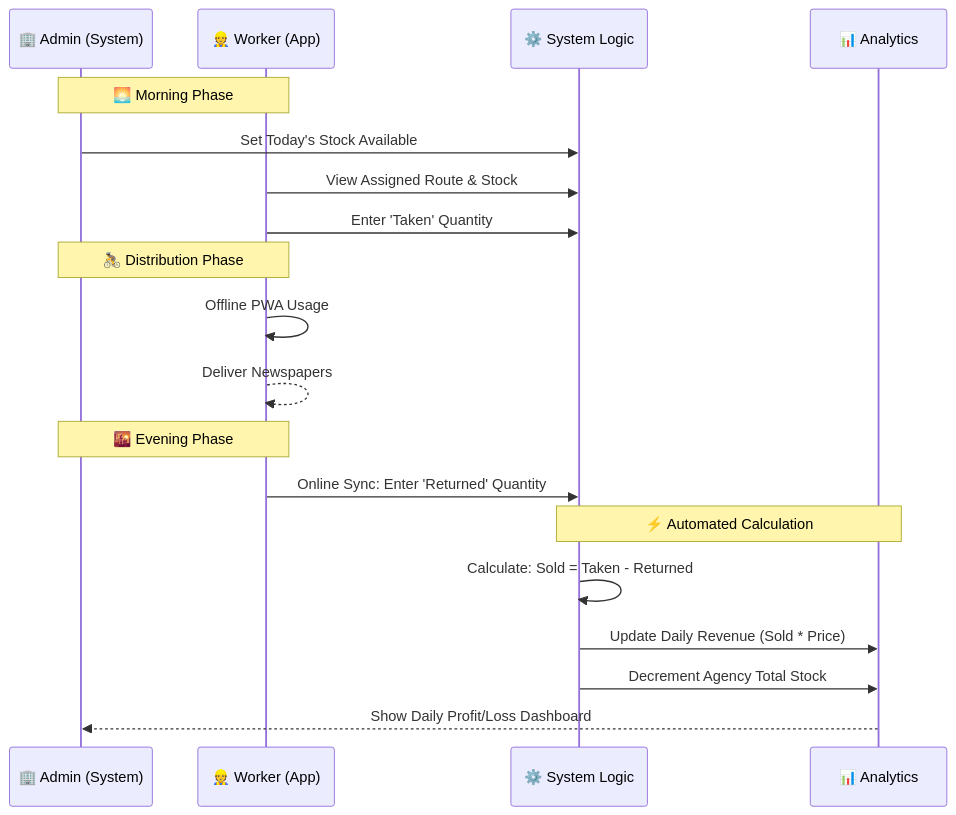
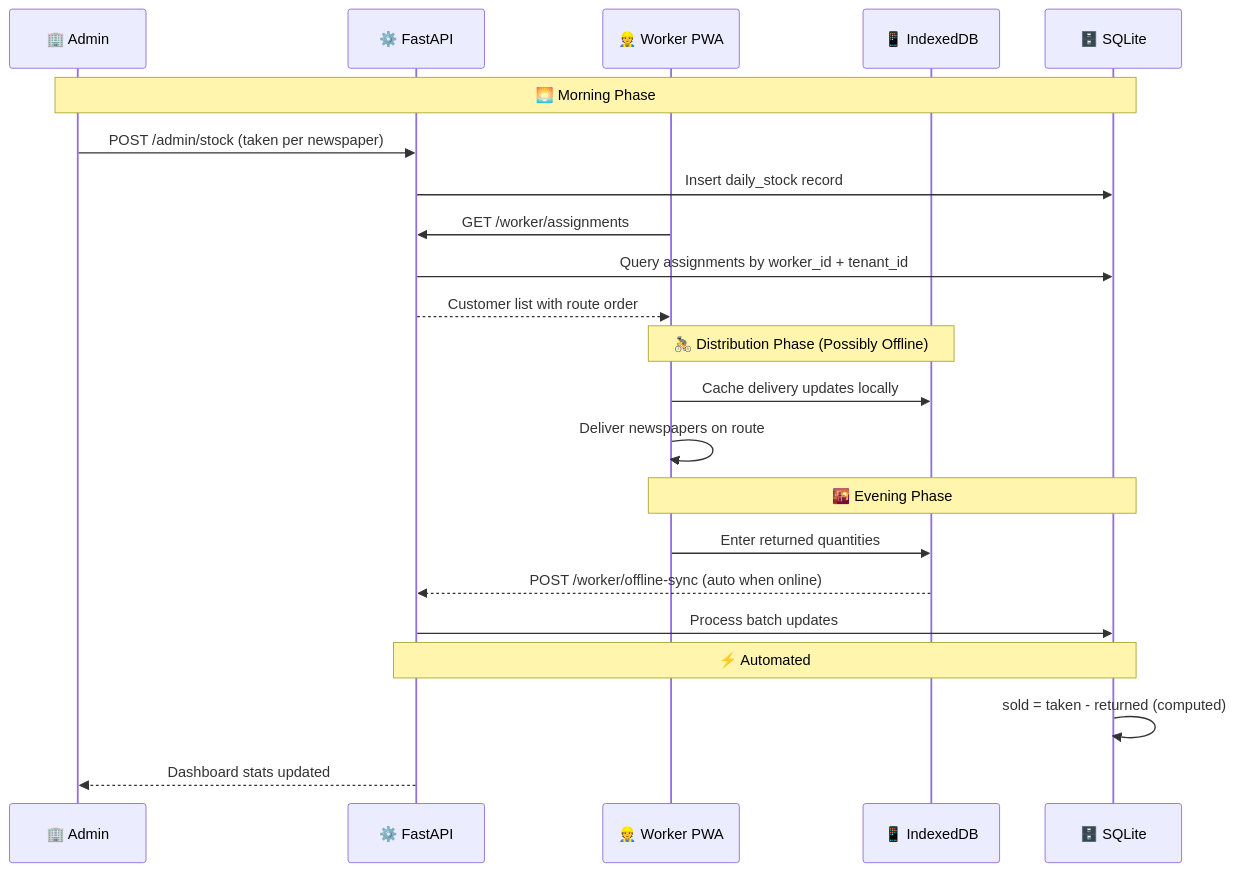
One commit to Unitary-X/NewsFlux changed the third of 7 diagrams in docs/diagrams.md. Above: the diagram before and after it, drawn with Mermaid. The commit also changed other lines of this file and 8 other files, not shown here.

````diff
--- a/docs/diagrams.md
+++ b/docs/diagrams.md
@@ -89,25 +192,29 @@
 ```mermaid
 sequenceDiagram
-    participant Admin as 🏢 Admin (System)
-    participant Worker as 👷 Worker (App)
-    participant Core as ⚙️ System Logic
-    participant Data as 📊 Analytics
+    participant Admin as 🏢 Admin
+    participant API as ⚙️ FastAPI
+    participant Worker as 👷 Worker PWA
+    participant IDB as 📱 IndexedDB
+    participant DB as 🗄️ SQLite
 
-    Note over Admin, Worker: 🌅 Morning Phase
-    Admin->>Core: Set Today's Stock Available
-    Worker->>Core: View Assigned Route & Stock
-    Worker->>Core: Enter 'Taken' Quantity
+    Note over Admin, DB: 🌅 Morning Phase
+    Admin->>API: POST /admin/stock (taken per newspaper)
+    API->>DB: Insert daily_stock record
+    
+    Worker->>API: GET /worker/assignments
+    API->>DB: Query assignments by worker_id + tenant_id
+    API-->>Worker: Customer list with route order
 
-    Note over Admin, Worker: 🚴 Distribution Phase
-    Worker->>Worker: Offline PWA Usage
-    Worker-->>Worker: Deliver Newspapers
+    Note over Worker, IDB: 🚴 Distribution Phase (Possibly Offline)
+    Worker->>IDB: Cache delivery updates locally
+    Worker->>Worker: Deliver newspapers on route
 
-    Note over Admin, Worker: 🌇 Evening Phase
-    Worker->>Core: Online Sync: Enter 'Returned' Quantity
+    Note over Worker, DB: 🌇 Evening Phase
+    Worker->>IDB: Enter returned quantities
+    IDB-->>API: POST /worker/offline-sync (auto when online)
+    API->>DB: Process batch updates
     
-    Note over Core, Data: ⚡ Automated Calculation
-    Core->>Core: Calculate: Sold = Taken - Returned
-    Core->>Data: Update Daily Revenue (Sold * Price)
-    Core->>Data: Decrement Agency Total Stock
-    Data-->>Admin: Show Daily Profit/Loss Dashboard
+    Note over API, DB: ⚡ Automated
+    DB->>DB: sold = taken - returned (computed)
+    API-->>Admin: Dashboard stats updated
 ```
````
